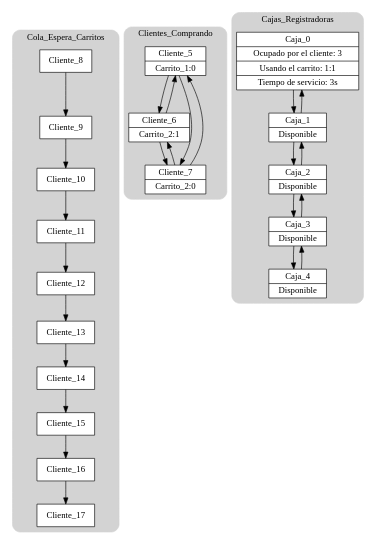
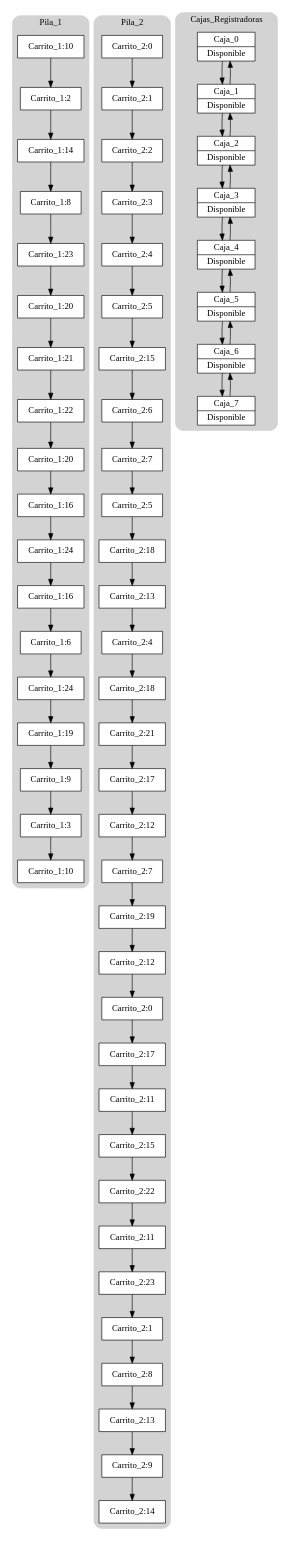
Before and after one commit to Rpinto30/EDD-1---MiniMarket: the diagram in Minimarket/graph.dot, drawn with Graphviz. The commit also changed 16 other files, not shown here.

```diff
--- a/Minimarket/graph.dot
+++ b/Minimarket/graph.dot
@@ -1,87 +1,166 @@
 digraph MiniMarket {
 
 subgraph cluster_Cola_Espera_Carritos{
 label="Cola_Espera_Carritos"
 style = "filled,rounded";
 color = lightgrey;
-Cola_Espera_Carritos_8[label="Cliente_8", shape=record, style=filled, fillcolor=white];
-Cola_Espera_Carritos_9[label="Cliente_9", shape=record, style=filled, fillcolor=white];
-Cola_Espera_Carritos_8 -> Cola_Espera_Carritos_9;
-Cola_Espera_Carritos_10[label="Cliente_10", shape=record, style=filled, fillcolor=white];
-Cola_Espera_Carritos_9 -> Cola_Espera_Carritos_10;
-Cola_Espera_Carritos_11[label="Cliente_11", shape=record, style=filled, fillcolor=white];
-Cola_Espera_Carritos_10 -> Cola_Espera_Carritos_11;
-Cola_Espera_Carritos_12[label="Cliente_12", shape=record, style=filled, fillcolor=white];
-Cola_Espera_Carritos_11 -> Cola_Espera_Carritos_12;
-Cola_Espera_Carritos_13[label="Cliente_13", shape=record, style=filled, fillcolor=white];
-Cola_Espera_Carritos_12 -> Cola_Espera_Carritos_13;
-Cola_Espera_Carritos_14[label="Cliente_14", shape=record, style=filled, fillcolor=white];
-Cola_Espera_Carritos_13 -> Cola_Espera_Carritos_14;
-Cola_Espera_Carritos_15[label="Cliente_15", shape=record, style=filled, fillcolor=white];
-Cola_Espera_Carritos_14 -> Cola_Espera_Carritos_15;
-Cola_Espera_Carritos_16[label="Cliente_16", shape=record, style=filled, fillcolor=white];
-Cola_Espera_Carritos_15 -> Cola_Espera_Carritos_16;
-Cola_Espera_Carritos_17[label="Cliente_17", shape=record, style=filled, fillcolor=white];
-Cola_Espera_Carritos_16 -> Cola_Espera_Carritos_17;
 
 }
 
 subgraph cluster_Pila_1{
 label="Pila_1"
 style = "filled,rounded";
 color = lightgrey;
+Pila_1_2_10[label="Carrito_1:10", shape=record, style=filled, fillcolor=white];
+Pila_1_2_10 -> Pila_1_1_2;
+Pila_1_1_2[label="Carrito_1:2", shape=record, style=filled, fillcolor=white];
+Pila_1_1_2 -> Pila_1_2_14;
+Pila_1_2_14[label="Carrito_1:14", shape=record, style=filled, fillcolor=white];
+Pila_1_2_14 -> Pila_1_1_8;
+Pila_1_1_8[label="Carrito_1:8", shape=record, style=filled, fillcolor=white];
+Pila_1_1_8 -> Pila_1_1_23;
+Pila_1_1_23[label="Carrito_1:23", shape=record, style=filled, fillcolor=white];
+Pila_1_1_23 -> Pila_1_2_20;
+Pila_1_2_20[label="Carrito_1:20", shape=record, style=filled, fillcolor=white];
+Pila_1_2_20 -> Pila_1_2_21;
+Pila_1_2_21[label="Carrito_1:21", shape=record, style=filled, fillcolor=white];
+Pila_1_2_21 -> Pila_1_2_22;
+Pila_1_2_22[label="Carrito_1:22", shape=record, style=filled, fillcolor=white];
+Pila_1_2_22 -> Pila_1_1_20;
+Pila_1_1_20[label="Carrito_1:20", shape=record, style=filled, fillcolor=white];
+Pila_1_1_20 -> Pila_1_1_16;
+Pila_1_1_16[label="Carrito_1:16", shape=record, style=filled, fillcolor=white];
+Pila_1_1_16 -> Pila_1_2_24;
+Pila_1_2_24[label="Carrito_1:24", shape=record, style=filled, fillcolor=white];
+Pila_1_2_24 -> Pila_1_2_16;
+Pila_1_2_16[label="Carrito_1:16", shape=record, style=filled, fillcolor=white];
+Pila_1_2_16 -> Pila_1_2_6;
+Pila_1_2_6[label="Carrito_1:6", shape=record, style=filled, fillcolor=white];
+Pila_1_2_6 -> Pila_1_1_24;
+Pila_1_1_24[label="Carrito_1:24", shape=record, style=filled, fillcolor=white];
+Pila_1_1_24 -> Pila_1_2_19;
+Pila_1_2_19[label="Carrito_1:19", shape=record, style=filled, fillcolor=white];
+Pila_1_2_19 -> Pila_1_2_9;
+Pila_1_2_9[label="Carrito_1:9", shape=record, style=filled, fillcolor=white];
+Pila_1_2_9 -> Pila_1_1_3;
+Pila_1_1_3[label="Carrito_1:3", shape=record, style=filled, fillcolor=white];
+Pila_1_1_3 -> Pila_1_1_10;
+Pila_1_1_10[label="Carrito_1:10", shape=record, style=filled, fillcolor=white];
 
 }
 
 subgraph cluster_Pila_2{
 label="Pila_2"
 style = "filled,rounded";
 color = lightgrey;
+Pila_2_2_0[label="Carrito_2:0", shape=record, style=filled, fillcolor=white];
+Pila_2_2_1[label="Carrito_2:1", shape=record, style=filled, fillcolor=white];
+Pila_2_2_0 -> Pila_2_2_1;
+Pila_2_2_2[label="Carrito_2:2", shape=record, style=filled, fillcolor=white];
+Pila_2_2_1 -> Pila_2_2_2;
+Pila_2_2_3[label="Carrito_2:3", shape=record, style=filled, fillcolor=white];
+Pila_2_2_2 -> Pila_2_2_3;
+Pila_2_2_4[label="Carrito_2:4", shape=record, style=filled, fillcolor=white];
+Pila_2_2_3 -> Pila_2_2_4;
+Pila_2_2_5[label="Carrito_2:5", shape=record, style=filled, fillcolor=white];
+Pila_2_2_4 -> Pila_2_2_5;
+Pila_2_2_5 -> Pila_2_1_15;
+Pila_2_1_15[label="Carrito_2:15", shape=record, style=filled, fillcolor=white];
+Pila_2_1_15 -> Pila_2_1_6;
+Pila_2_1_6[label="Carrito_2:6", shape=record, style=filled, fillcolor=white];
+Pila_2_1_6 -> Pila_2_2_7;
+Pila_2_2_7[label="Carrito_2:7", shape=record, style=filled, fillcolor=white];
+Pila_2_2_7 -> Pila_2_1_5;
+Pila_2_1_5[label="Carrito_2:5", shape=record, style=filled, fillcolor=white];
+Pila_2_1_5 -> Pila_2_1_18;
+Pila_2_1_18[label="Carrito_2:18", shape=record, style=filled, fillcolor=white];
+Pila_2_1_18 -> Pila_2_1_13;
+Pila_2_1_13[label="Carrito_2:13", shape=record, style=filled, fillcolor=white];
+Pila_2_1_13 -> Pila_2_1_4;
+Pila_2_1_4[label="Carrito_2:4", shape=record, style=filled, fillcolor=white];
+Pila_2_1_4 -> Pila_2_2_18;
+Pila_2_2_18[label="Carrito_2:18", shape=record, style=filled, fillcolor=white];
+Pila_2_2_18 -> Pila_2_1_21;
+Pila_2_1_21[label="Carrito_2:21", shape=record, style=filled, fillcolor=white];
+Pila_2_1_21 -> Pila_2_2_17;
+Pila_2_2_17[label="Carrito_2:17", shape=record, style=filled, fillcolor=white];
+Pila_2_2_17 -> Pila_2_2_12;
+Pila_2_2_12[label="Carrito_2:12", shape=record, style=filled, fillcolor=white];
+Pila_2_2_12 -> Pila_2_1_7;
+Pila_2_1_7[label="Carrito_2:7", shape=record, style=filled, fillcolor=white];
+Pila_2_1_7 -> Pila_2_1_19;
+Pila_2_1_19[label="Carrito_2:19", shape=record, style=filled, fillcolor=white];
+Pila_2_1_19 -> Pila_2_1_12;
+Pila_2_1_12[label="Carrito_2:12", shape=record, style=filled, fillcolor=white];
+Pila_2_1_12 -> Pila_2_1_0;
+Pila_2_1_0[label="Carrito_2:0", shape=record, style=filled, fillcolor=white];
+Pila_2_1_0 -> Pila_2_1_17;
+Pila_2_1_17[label="Carrito_2:17", shape=record, style=filled, fillcolor=white];
+Pila_2_1_17 -> Pila_2_2_11;
+Pila_2_2_11[label="Carrito_2:11", shape=record, style=filled, fillcolor=white];
+Pila_2_2_11 -> Pila_2_2_15;
+Pila_2_2_15[label="Carrito_2:15", shape=record, style=filled, fillcolor=white];
+Pila_2_2_15 -> Pila_2_1_22;
+Pila_2_1_22[label="Carrito_2:22", shape=record, style=filled, fillcolor=white];
+Pila_2_1_22 -> Pila_2_1_11;
+Pila_2_1_11[label="Carrito_2:11", shape=record, style=filled, fillcolor=white];
+Pila_2_1_11 -> Pila_2_2_23;
+Pila_2_2_23[label="Carrito_2:23", shape=record, style=filled, fillcolor=white];
+Pila_2_2_23 -> Pila_2_1_1;
+Pila_2_1_1[label="Carrito_2:1", shape=record, style=filled, fillcolor=white];
+Pila_2_1_1 -> Pila_2_2_8;
+Pila_2_2_8[label="Carrito_2:8", shape=record, style=filled, fillcolor=white];
+Pila_2_2_8 -> Pila_2_2_13;
+Pila_2_2_13[label="Carrito_2:13", shape=record, style=filled, fillcolor=white];
+Pila_2_2_13 -> Pila_2_1_9;
+Pila_2_1_9[label="Carrito_2:9", shape=record, style=filled, fillcolor=white];
+Pila_2_1_9 -> Pila_2_1_14;
+Pila_2_1_14[label="Carrito_2:14", shape=record, style=filled, fillcolor=white];
 
 }
 
 subgraph cluster_Clientes_Comprando{
 label="Clientes_Comprando"
 style = "filled,rounded";
 color = lightgrey;
-Cola_Espera_Carritos_5[label="{Cliente_5| Carrito_1:0}", shape=record, style=filled, fillcolor=white];
-Cola_Espera_Carritos_6[label="{Cliente_6| Carrito_2:1}", shape=record, style=filled, fillcolor=white];
-Cola_Espera_Carritos_7[label="{Cliente_7| Carrito_2:0}", shape=record, style=filled, fillcolor=white];
-Cola_Espera_Carritos_7 -> Cola_Espera_Carritos_5;
-Cola_Espera_Carritos_7 -> Cola_Espera_Carritos_6;
-Cola_Espera_Carritos_5 -> Cola_Espera_Carritos_6;
-Cola_Espera_Carritos_5 -> Cola_Espera_Carritos_7;
-Cola_Espera_Carritos_6 -> Cola_Espera_Carritos_7;
-Cola_Espera_Carritos_6 -> Cola_Espera_Carritos_5;
 
 }
 
 subgraph cluster_Cajas_Registradoras{
 label="Cajas_Registradoras"
 style = "filled,rounded";
 color = lightgrey;
-Cajas_Registradoras_0[label="{Caja_0|Ocupado por el cliente: 3|Usando el carrito: 1:1|Tiempo de servicio: 3s}", shape=record, style=filled, fillcolor=white];
+Cajas_Registradoras_0[label="{Caja_0| Disponible}", shape=record, style=filled, fillcolor=white];
 Cajas_Registradoras_1[label="{Caja_1| Disponible}", shape=record, style=filled, fillcolor=white];
 Cajas_Registradoras_0 -> Cajas_Registradoras_1;
 Cajas_Registradoras_1 -> Cajas_Registradoras_0;
-Cajas_Registradoras_2[label="{Caja_2|Disponible}", shape=record, style=filled, fillcolor=white];
+Cajas_Registradoras_2[label="{Caja_2| Disponible}", shape=record, style=filled, fillcolor=white];
 Cajas_Registradoras_1 -> Cajas_Registradoras_2;
 Cajas_Registradoras_2 -> Cajas_Registradoras_1;
-Cajas_Registradoras_3[label="{Caja_3|Disponible}", shape=record, style=filled, fillcolor=white];
+Cajas_Registradoras_3[label="{Caja_3| Disponible}", shape=record, style=filled, fillcolor=white];
 Cajas_Registradoras_2 -> Cajas_Registradoras_3;
 Cajas_Registradoras_3 -> Cajas_Registradoras_2;
-Cajas_Registradoras_4[label="{Caja_4|Disponible}", shape=record, style=filled, fillcolor=white];
+Cajas_Registradoras_4[label="{Caja_4| Disponible}", shape=record, style=filled, fillcolor=white];
 Cajas_Registradoras_3 -> Cajas_Registradoras_4;
 Cajas_Registradoras_4 -> Cajas_Registradoras_3;
+Cajas_Registradoras_5[label="{Caja_5| Disponible}", shape=record, style=filled, fillcolor=white];
+Cajas_Registradoras_4 -> Cajas_Registradoras_5;
+Cajas_Registradoras_5 -> Cajas_Registradoras_4;
+Cajas_Registradoras_6[label="{Caja_6| Disponible}", shape=record, style=filled, fillcolor=white];
+Cajas_Registradoras_5 -> Cajas_Registradoras_6;
+Cajas_Registradoras_6 -> Cajas_Registradoras_5;
+Cajas_Registradoras_7[label="{Caja_7| Disponible}", shape=record, style=filled, fillcolor=white];
+Cajas_Registradoras_6 -> Cajas_Registradoras_7;
+Cajas_Registradoras_7 -> Cajas_Registradoras_6;
 
 }
 
 subgraph cluster_Cola_Espera_Cajas_Registradoras{
 label="Cola_Espera_Cajas_Registradoras"
 style = "filled,rounded";
 color = lightgrey;
 
 }
 
 
 }
```
